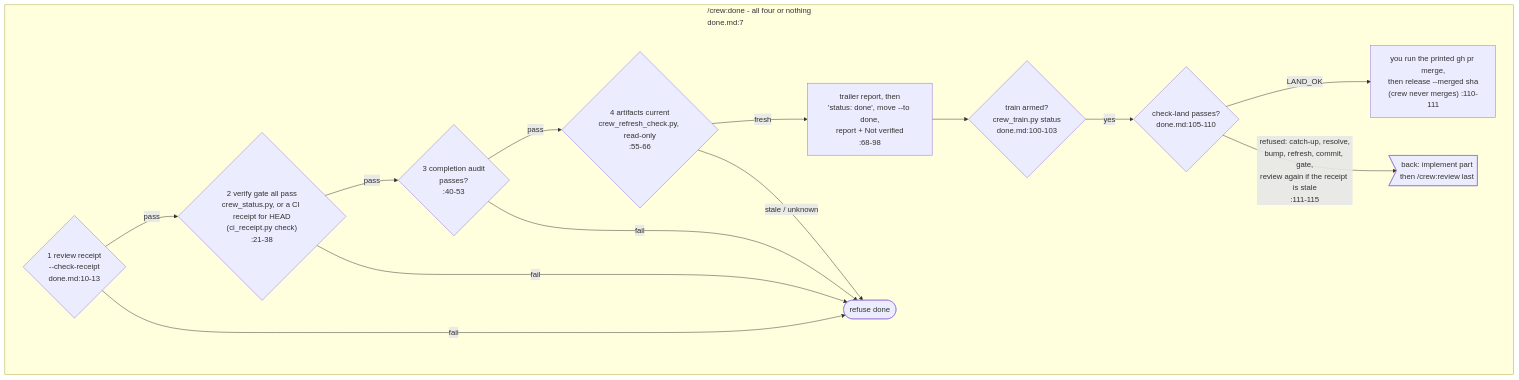
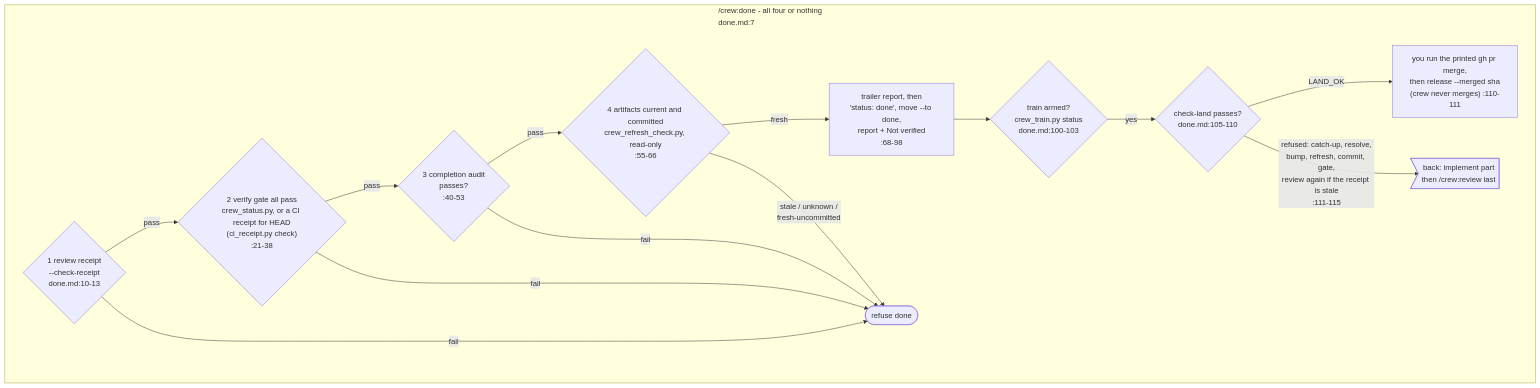
One commit to mbadali25/useful-claude-add-ons changed diagram 28 of 36 in docs/diagrams/README.md. Above: the diagram before and after it, drawn with Mermaid. The commit also changed other lines of this file and 18 other files, not shown here.

First line of the commit message:
batch 7: regenerate rules, config reference, diagrams README, the four changed guides; re-measure BUDGETS

````diff
--- a/docs/diagrams/README.md
+++ b/docs/diagrams/README.md
@@ -1063,18 +1063,18 @@
 ```mermaid
 flowchart TB
     subgraph done["/crew:done - all four or nothing<br/>done.md:7"]
         dn1{"1 review receipt<br/>--check-receipt<br/>done.md:10-13"}
         dn1 -- pass --> dn2{"2 verify gate all pass<br/>crew_status.py, or a CI receipt for HEAD<br/>(ci_receipt.py check)<br/>:21-38"}
         dn2 -- pass --> dn3{"3 completion audit<br/>passes?<br/>:40-53"}
-        dn3 -- pass --> dn5{"4 artifacts current<br/>crew_refresh_check.py, read-only<br/>:55-66"}
+        dn3 -- pass --> dn5{"4 artifacts current and committed<br/>crew_refresh_check.py, read-only<br/>:55-66"}
         dn5 -- fresh --> dn4["trailer report, then<br/>'status: done', move --to done,<br/>report + Not verified<br/>:68-98"]
         dn1 -- fail --> dnx([refuse done])
         dn2 -- fail --> dnx
         dn3 -- fail --> dnx
-        dn5 -- "stale / unknown" --> dnx
+        dn5 -- "stale / unknown /<br/>fresh-uncommitted" --> dnx
         dn4 --> ln0{"train armed?<br/>crew_train.py status<br/>done.md:100-103"}
         ln0 -- yes --> ln1{"check-land passes?<br/>done.md:105-110"}
         ln1 -- LAND_OK --> ln2["you run the printed gh pr merge,<br/>then release --merged sha<br/>(crew never merges) :110-111"]
         ln1 -- "refused: catch-up, resolve,<br/>bump, refresh, commit, gate,<br/>review again if the receipt is stale<br/>:111-115" --> to_im5>"back: implement part<br/>then /crew:review last"]
     end
 ```
````
